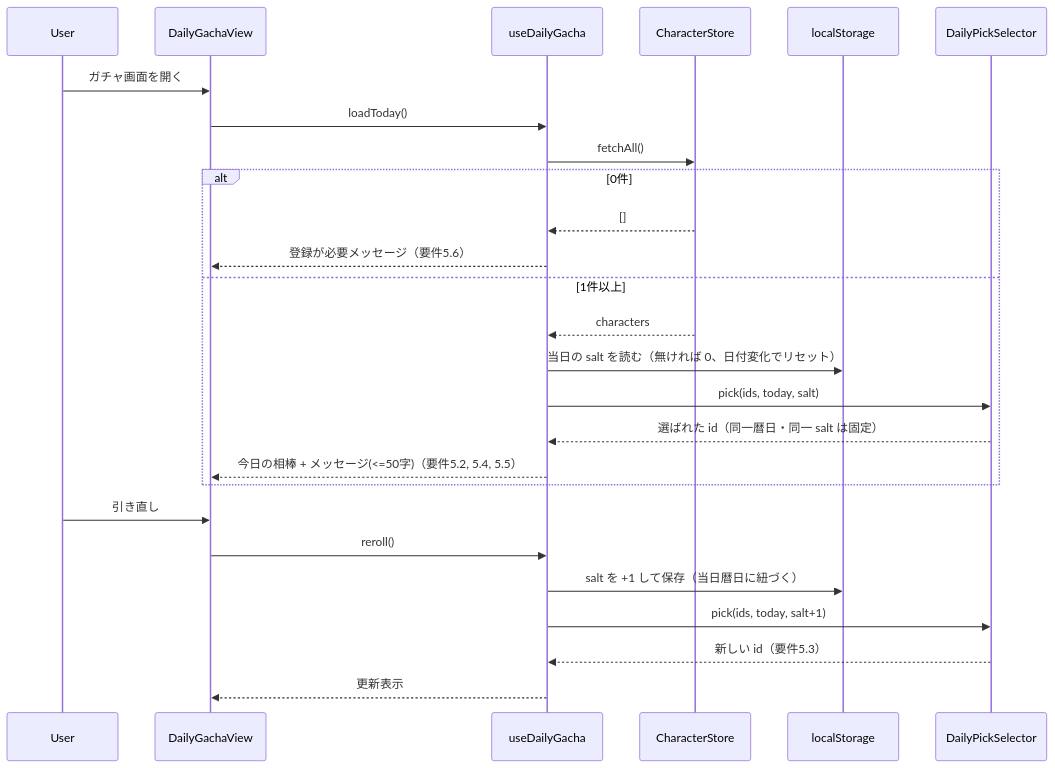
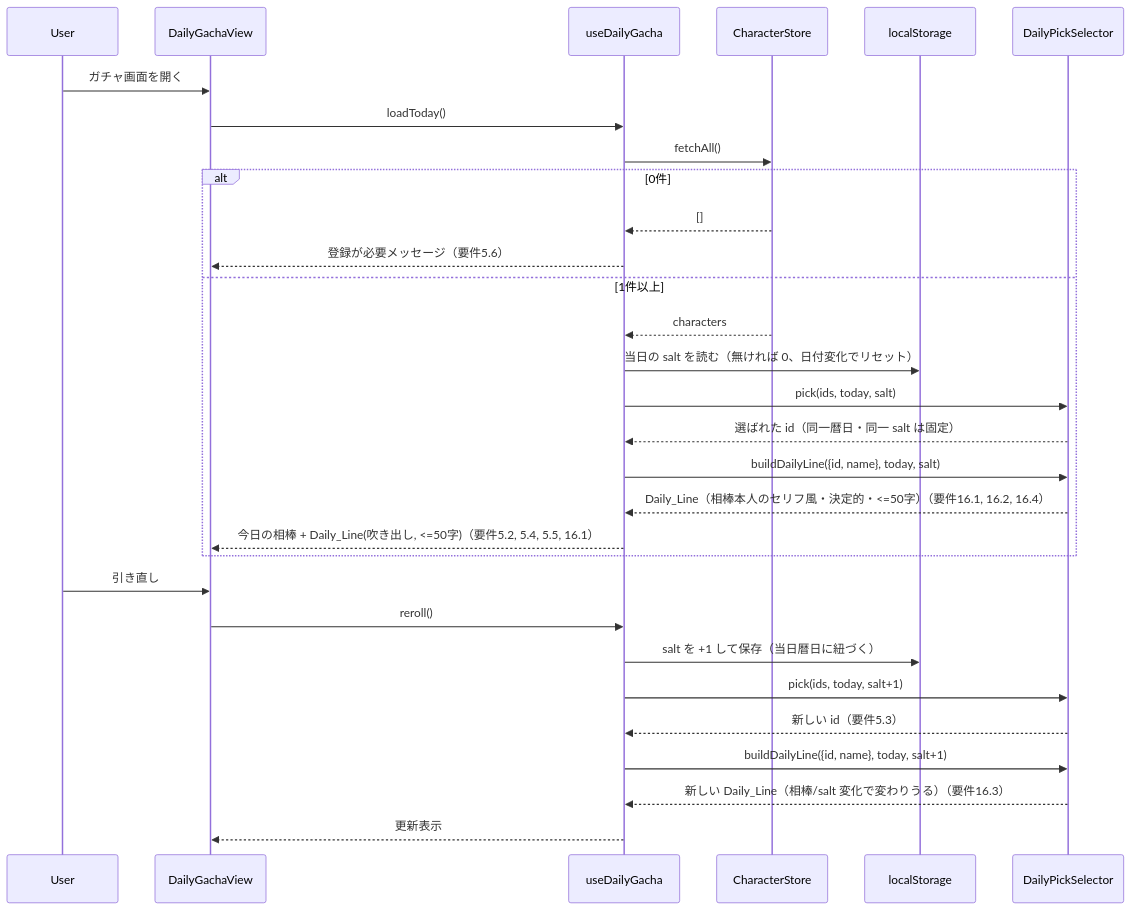
The third of 5 diagrams in .kiro/specs/chara-collection/design.md (fujimotoyus/FriendAPP), drawn with Mermaid before and after one commit. The commit also changed other lines of this file and 9 other files, not shown here.

Commit message:
feat: iteration 8 - daily partner speech line (Daily_Line)

````diff
--- a/.kiro/specs/chara-collection/design.md
+++ b/.kiro/specs/chara-collection/design.md
@@ -559,29 +588,33 @@
 ```mermaid
 sequenceDiagram
     participant U as User
     participant GV as DailyGachaView
     participant H as useDailyGacha
     participant ST as CharacterStore
     participant LS as localStorage
     participant SEL as DailyPickSelector
 
     U->>GV: ガチャ画面を開く
     GV->>H: loadToday()
     H->>ST: fetchAll()
     alt 0件
         ST-->>H: []
         H-->>GV: 登録が必要メッセージ（要件5.6）
     else 1件以上
         ST-->>H: characters
         H->>LS: 当日の salt を読む（無ければ 0、日付変化でリセット）
         H->>SEL: pick(ids, today, salt)
         SEL-->>H: 選ばれた id（同一暦日・同一 salt は固定）
-        H-->>GV: 今日の相棒 + メッセージ(<=50字)（要件5.2, 5.4, 5.5）
+        H->>SEL: buildDailyLine({id, name}, today, salt)
+        SEL-->>H: Daily_Line（相棒本人のセリフ風・決定的・<=50字）（要件16.1, 16.2, 16.4）
+        H-->>GV: 今日の相棒 + Daily_Line(吹き出し, <=50字)（要件5.2, 5.4, 5.5, 16.1）
     end
     U->>GV: 引き直し
     GV->>H: reroll()
     H->>LS: salt を +1 して保存（当日暦日に紐づく）
     H->>SEL: pick(ids, today, salt+1)
     SEL-->>H: 新しい id（要件5.3）
+    H->>SEL: buildDailyLine({id, name}, today, salt+1)
+    SEL-->>H: 新しい Daily_Line（相棒/salt 変化で変わりうる）（要件16.3）
     H-->>GV: 更新表示
 ```
````
